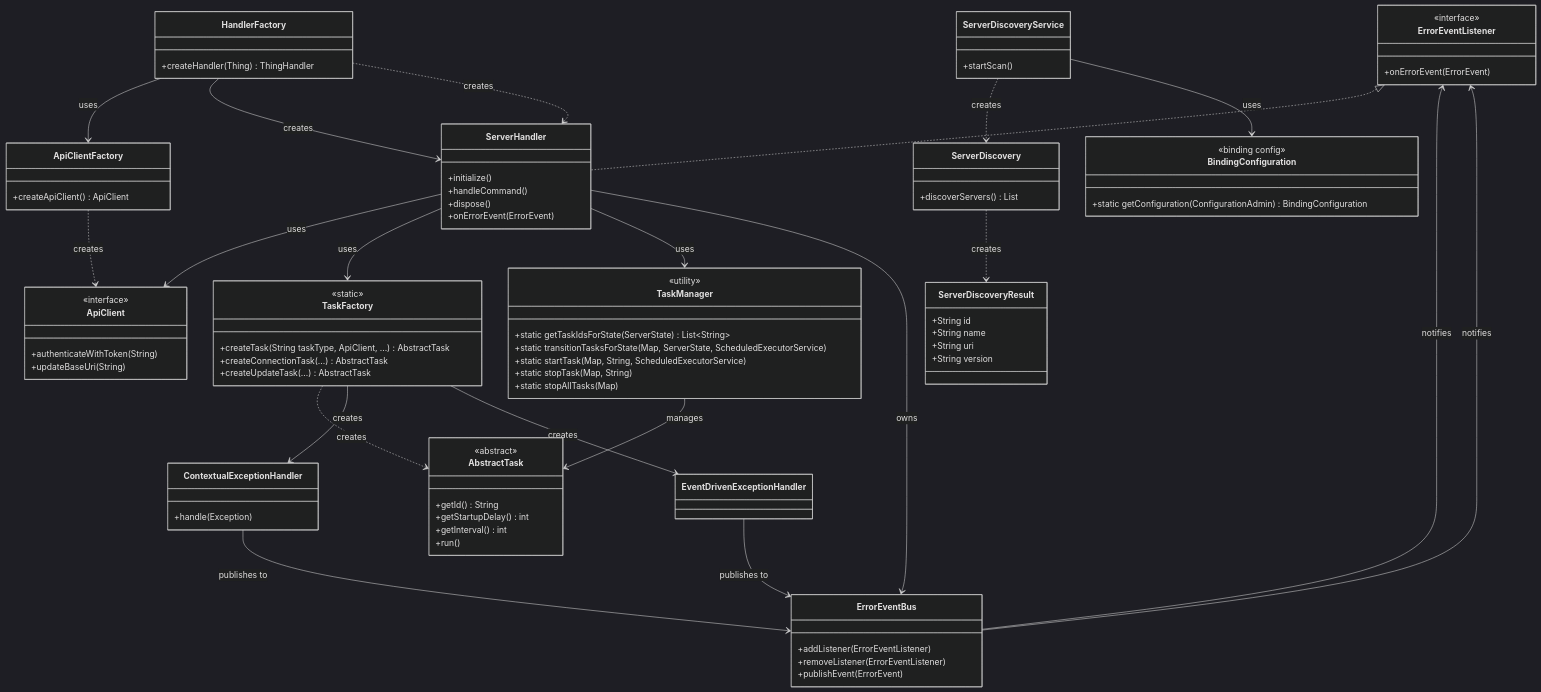
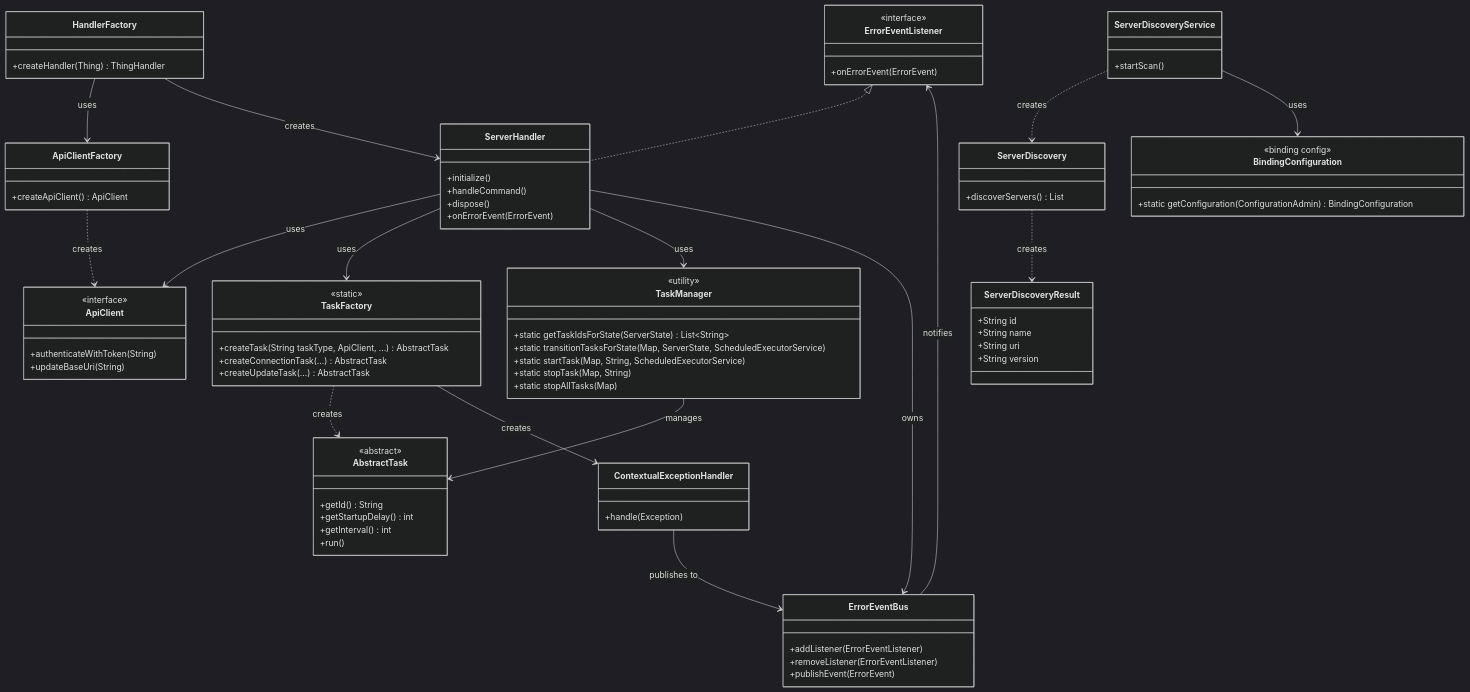
One commit to openhab/openhab-addons changed the diagram in bundles/org.openhab.binding.jellyfin/CONTRIBUTION.md. Above: the diagram before and after it, drawn with Mermaid (dark theme). The commit also changed 1 other file, not shown here.

Commit message:
📝 docs: fix outdated references and enhance diagram guidelines
🔧 Clean up CONTRIBUTION.md:
- Remove duplicate EventDrivenExceptionHandler references
- Fix inconsistent class diagram relationships
- Ensure only current ContextualExceptionHandler is referenced

📋 Enhance AI instructions:
- Add Documentation Consistency section for maintaining diagrams
- Include Architecture Diagram Guidelines with design principles
- Emphasize big picture focus over implementation details
- Require diagram updates when structural changes are made

🎯 Guidelines added:
- Always verify diagram consistency after code changes
- Focus on architectural concepts and patterns
- Avoid implementation details like private methods/constants
- Use clear relationship labels for better understanding

```diff
--- a/bundles/org.openhab.binding.jellyfin/CONTRIBUTION.md
+++ b/bundles/org.openhab.binding.jellyfin/CONTRIBUTION.md
@@ -27,10 +27,6 @@
     ContextualExceptionHandler --> ErrorEventBus : publishes to
     ErrorEventBus --> ErrorEventListener : notifies
     TaskFactory --> ContextualExceptionHandler : creates
-    HandlerFactory ..> ServerHandler : creates
-    EventDrivenExceptionHandler --> ErrorEventBus : publishes to
-    ErrorEventBus --> ErrorEventListener : notifies
-    TaskFactory --> EventDrivenExceptionHandler : creates
     
     %% Class definitions with key attributes and methods
     class HandlerFactory {
```
